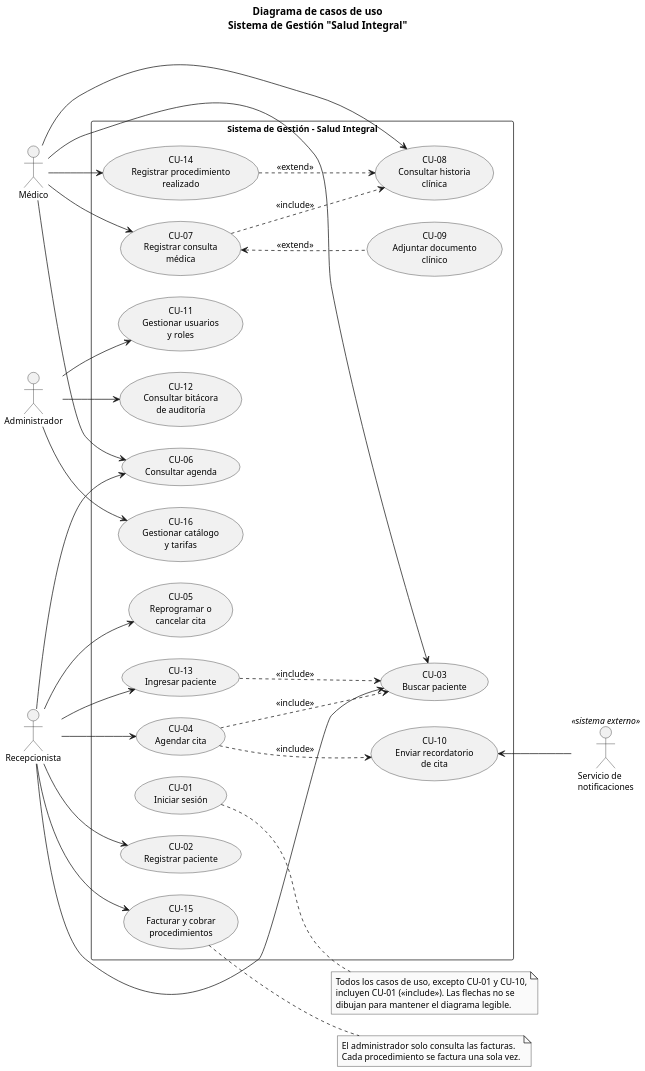
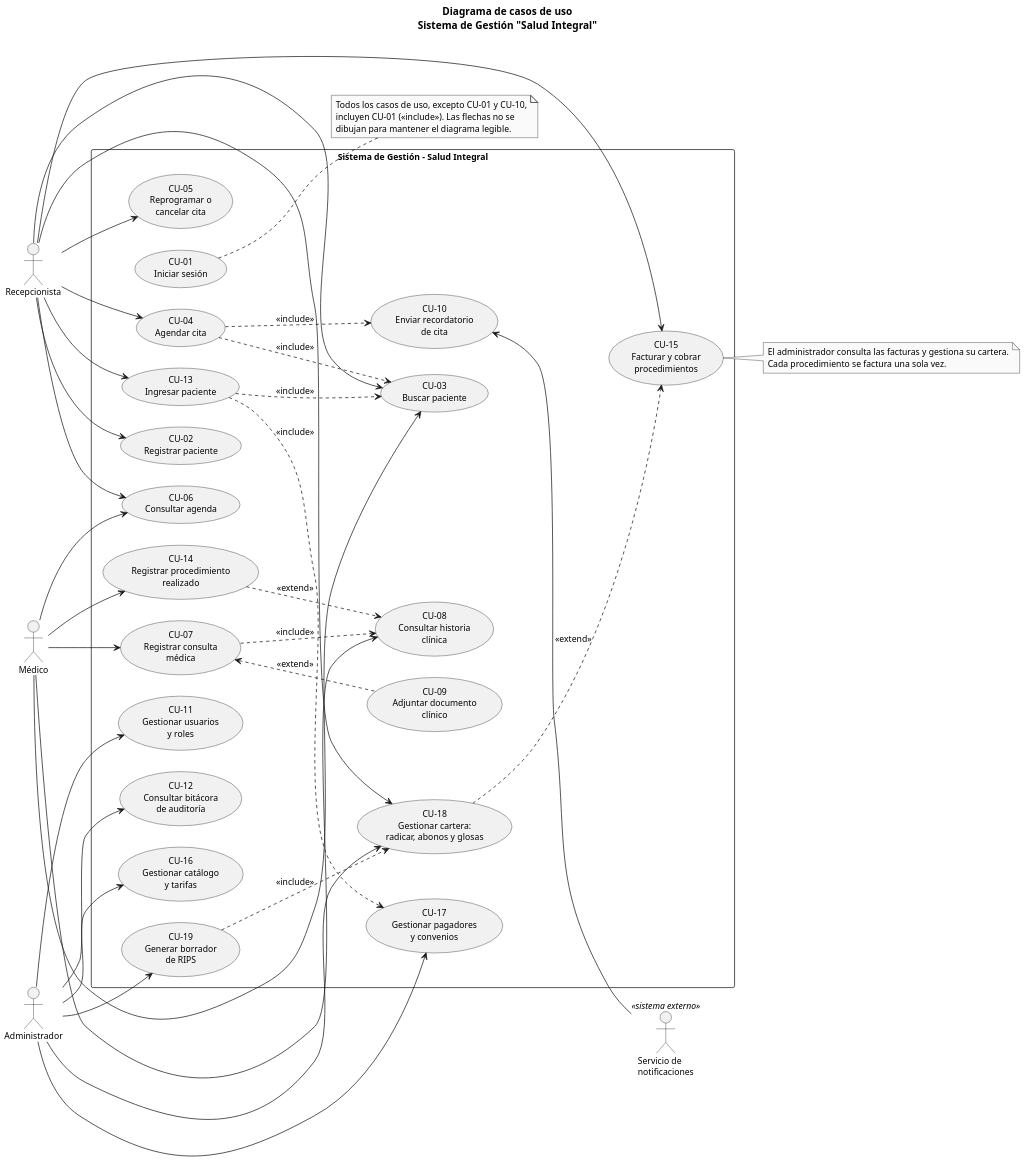
The diagram in docs/uml/01_casos_de_uso.puml (JNACHO2001/consultorio-medico), drawn with PlantUML before and after one commit.

Commit message:
Actualiza casos de uso con convenios, cartera y RIPS

```diff
--- a/docs/uml/01_casos_de_uso.puml
+++ b/docs/uml/01_casos_de_uso.puml
@@ -1,79 +1,89 @@
 @startuml 01_casos_de_uso
 ' Diagrama de casos de uso - Sistema de Gestión "Salud Integral"
 ' Fuente: Documento de Levantamiento de Requerimientos, sección 10
 
 left to right direction
 skinparam monochrome true
 skinparam shadowing false
 skinparam dpi 150
 skinparam defaultFontSize 12
 skinparam packageStyle rectangle
 skinparam nodesep 30
 skinparam ranksep 45
 
 title Diagrama de casos de uso\nSistema de Gestión "Salud Integral"
 
 actor "Recepcionista" as REC
 actor "Médico" as MED
 actor "Administrador" as ADM
 
 rectangle "Sistema de Gestión – Salud Integral" {
   usecase "CU-02\nRegistrar paciente" as CU02
   usecase "CU-04\nAgendar cita" as CU04
   usecase "CU-05\nReprogramar o\ncancelar cita" as CU05
   usecase "CU-06\nConsultar agenda" as CU06
   usecase "CU-07\nRegistrar consulta\nmédica" as CU07
   usecase "CU-11\nGestionar usuarios\ny roles" as CU11
   usecase "CU-12\nConsultar bitácora\nde auditoría" as CU12
   usecase "CU-03\nBuscar paciente" as CU03
   usecase "CU-08\nConsultar historia\nclínica" as CU08
   usecase "CU-09\nAdjuntar documento\nclínico" as CU09
   usecase "CU-10\nEnviar recordatorio\nde cita" as CU10
   usecase "CU-01\nIniciar sesión" as CU01
   usecase "CU-13\nIngresar paciente" as CU13
   usecase "CU-14\nRegistrar procedimiento\nrealizado" as CU14
   usecase "CU-15\nFacturar y cobrar\nprocedimientos" as CU15
   usecase "CU-16\nGestionar catálogo\ny tarifas" as CU16
+  usecase "CU-17\nGestionar pagadores\ny convenios" as CU17
+  usecase "CU-18\nGestionar cartera:\nradicar, abonos y glosas" as CU18
+  usecase "CU-19\nGenerar borrador\nde RIPS" as CU19
 }
 
 actor "Servicio de\nnotificaciones" as NOT <<sistema externo>>
 
 REC --> CU02
 REC --> CU04
 REC --> CU05
 REC --> CU06
 REC --> CU03
 REC --> CU13
 REC --> CU15
+REC --> CU18
 
 MED --> CU14
 MED --> CU06
 MED --> CU07
 MED --> CU03
 MED --> CU08
 
 ADM --> CU11
 ADM --> CU12
 ADM --> CU16
+ADM --> CU17
+ADM --> CU18
+ADM --> CU19
 
 CU04 ..> CU03 : <<include>>
 CU04 ..> CU10 : <<include>>
 CU07 ..> CU08 : <<include>>
 CU09 .up.> CU07 : <<extend>>
 CU13 ..> CU03 : <<include>>
 CU14 ..> CU08 : <<extend>>
+CU13 ..> CU17 : <<include>>
+CU18 ..> CU15 : <<extend>>
+CU19 ..> CU18 : <<include>>
 
 CU10 <-- NOT
 
 note right of CU15
-  El administrador solo consulta las facturas.
+  El administrador consulta las facturas y gestiona su cartera.
   Cada procedimiento se factura una sola vez.
 end note
 
 note right of CU01
   Todos los casos de uso, excepto CU-01 y CU-10,
   incluyen CU-01 (<<include>>). Las flechas no se
   dibujan para mantener el diagrama legible.
 end note
 
 @enduml
```
